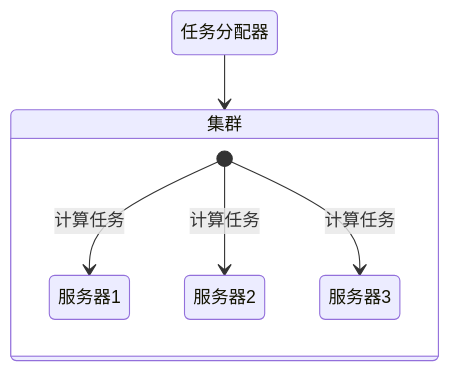
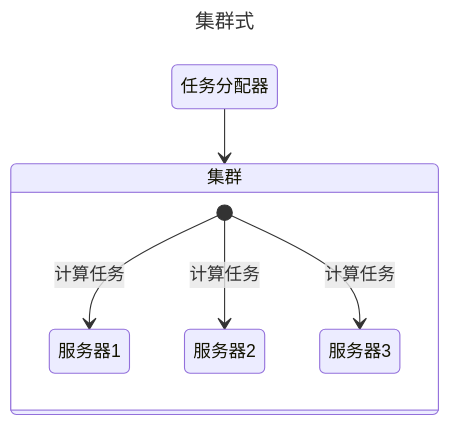
One commit to 0xcaffebabe/note changed the sixth of 8 diagrams in doc/软件工程/架构/系统设计/可用性.md. Above: the diagram before and after it, drawn with Mermaid. The commit also changed other lines of this file and 2 other files, not shown here.

````diff
--- a/doc/软件工程/架构/系统设计/可用性.md
+++ b/doc/软件工程/架构/系统设计/可用性.md
@@ -296,9 +209,12 @@
 ```mermaid
+---
+title: 集群式
+---
 stateDiagram-v2
   任务分配器 --> 集群
   state 集群 {
     [*] --> 服务器1: 计算任务
     [*] --> 服务器2: 计算任务
     [*] --> 服务器3: 计算任务
   }
 ```
````
